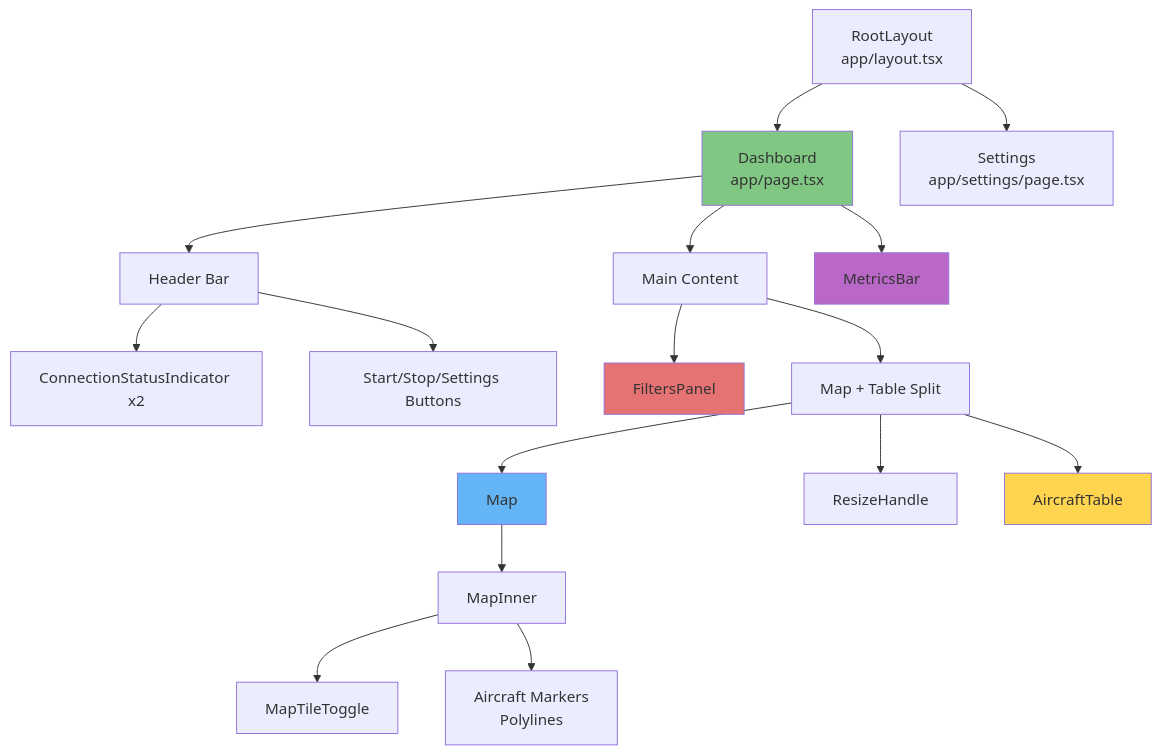
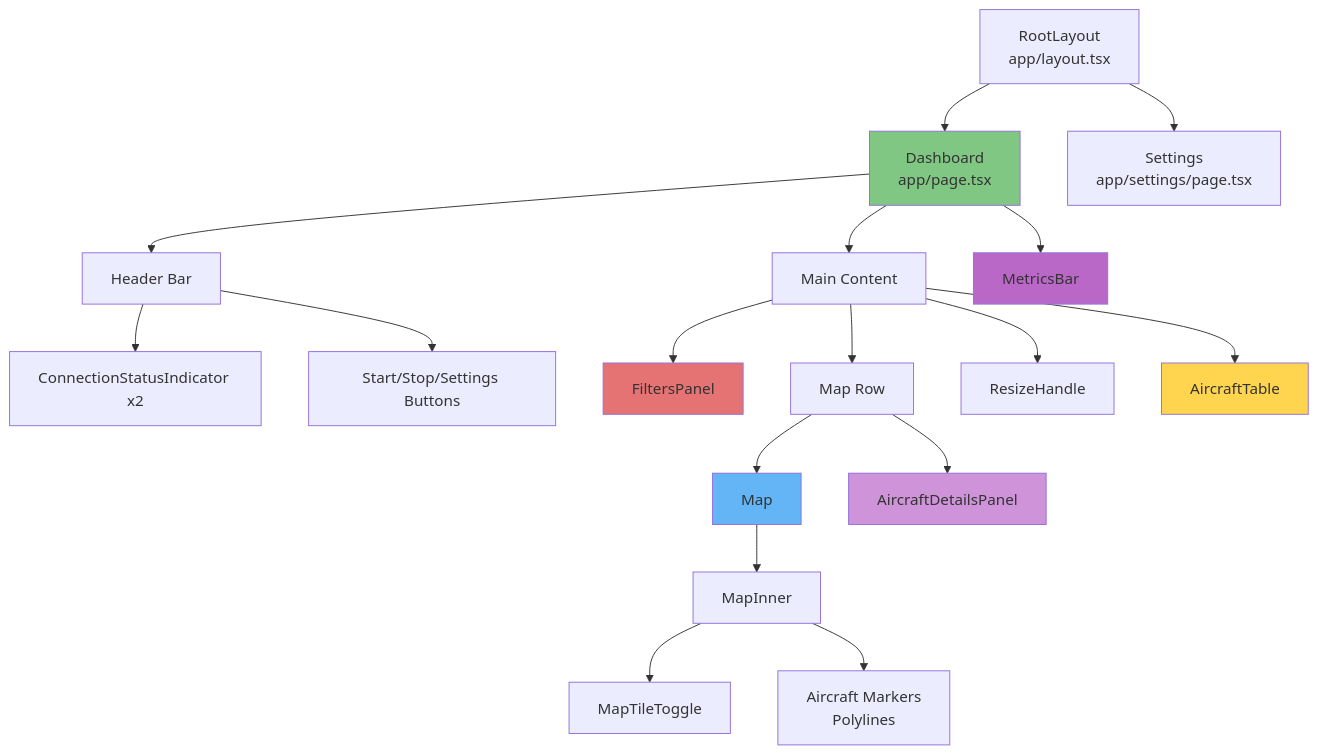
One commit to bnassivet/adsb-feed changed the third of 9 diagrams in rust/adsb-pulsar-client-desktop/docs/DESIGN.md. Above: the diagram before and after it, drawn with Mermaid. The commit also changed other lines of this file and 19 other files, not shown here.

````diff
--- a/rust/adsb-pulsar-client-desktop/docs/DESIGN.md
+++ b/rust/adsb-pulsar-client-desktop/docs/DESIGN.md
@@ -191,29 +193,31 @@
 ```mermaid
 graph TD
     Root[RootLayout<br/>app/layout.tsx] --> Dashboard[Dashboard<br/>app/page.tsx]
     Root --> Settings[Settings<br/>app/settings/page.tsx]
 
     Dashboard --> Header[Header Bar]
     Dashboard --> MainContent[Main Content]
     Dashboard --> Footer[MetricsBar]
 
     Header --> StatusIndicators[ConnectionStatusIndicator x2]
     Header --> Controls[Start/Stop/Settings Buttons]
 
     MainContent --> Sidebar[FiltersPanel]
-    MainContent --> MapTableSplit[Map + Table Split]
+    MainContent --> MapRow[Map Row]
+    MainContent --> ResizeHandle
+    MainContent --> Table[AircraftTable]
 
-    MapTableSplit --> Map[Map]
-    MapTableSplit --> ResizeHandle
-    MapTableSplit --> Table[AircraftTable]
+    MapRow --> Map[Map]
+    MapRow --> DetailsPanel[AircraftDetailsPanel]
 
     Map --> MapInner[MapInner]
     MapInner --> MapTileToggle
     MapInner --> LeafletMarkers[Aircraft Markers<br/>Polylines]
 
     style Dashboard fill:#81C784
     style Map fill:#64B5F6
     style Table fill:#FFD54F
     style Sidebar fill:#E57373
     style Footer fill:#BA68C8
+    style DetailsPanel fill:#CE93D8
 ```
````
